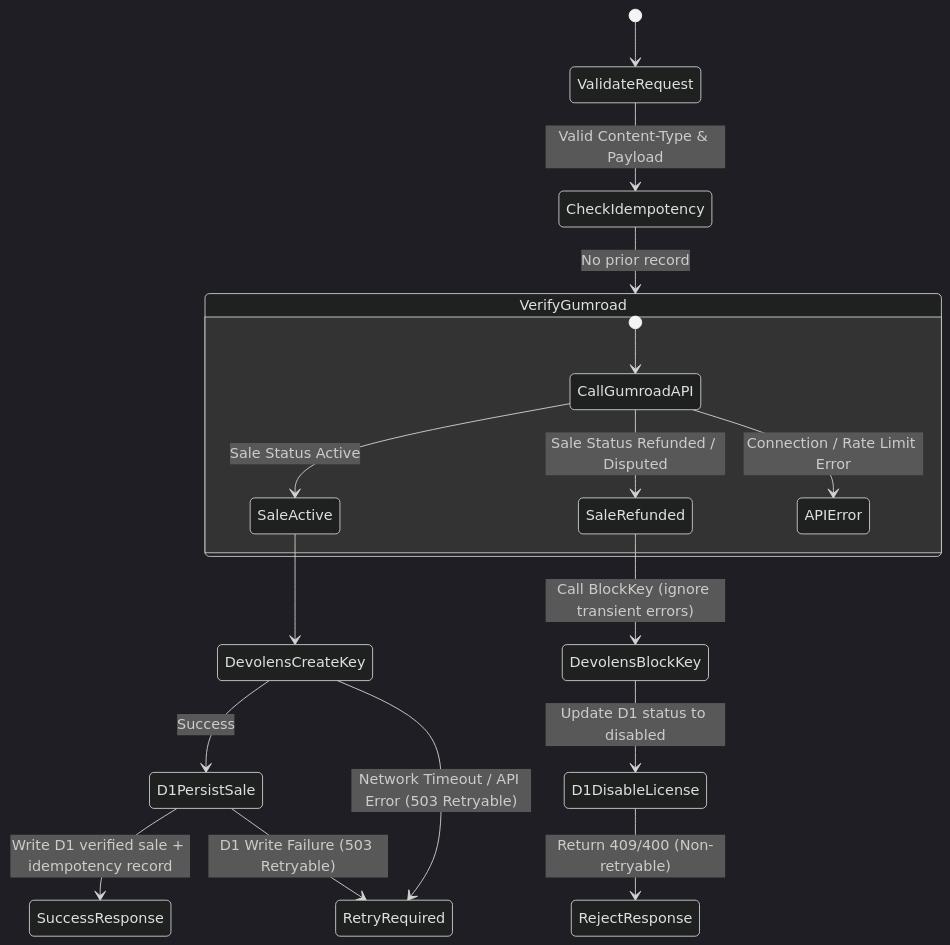
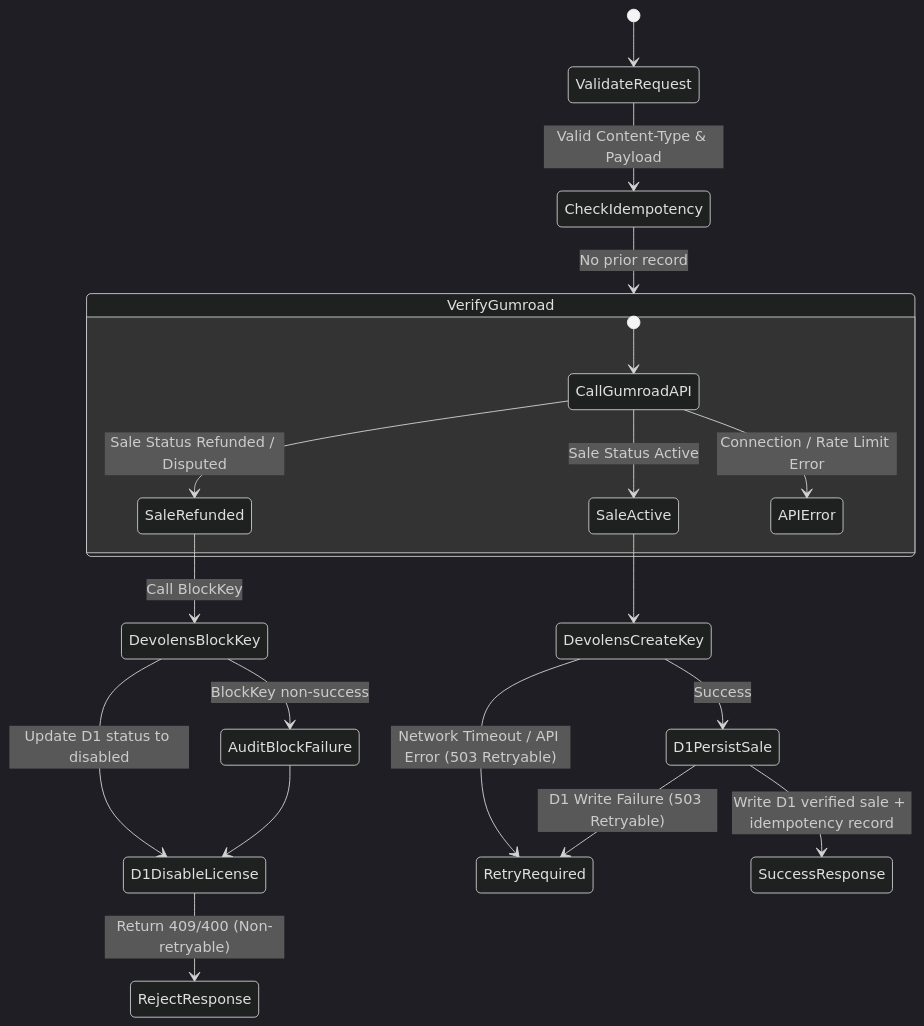
The second of 2 diagrams in docs/gumroad_webhook_state_policy.md (razauh/AI-Youtube-Shorts-Generator), drawn with Mermaid (dark theme) before and after one commit. The commit also changed other lines of this file and 3 other files, not shown here.

````diff
--- a/docs/gumroad_webhook_state_policy.md
+++ b/docs/gumroad_webhook_state_policy.md
@@ -33,24 +33,26 @@
 ```mermaid
 stateDiagram-v2
     [*] --> ValidateRequest
     ValidateRequest --> CheckIdempotency : Valid Content-Type & Payload
     CheckIdempotency --> VerifyGumroad : No prior record
     
     state VerifyGumroad {
         [*] --> CallGumroadAPI
         CallGumroadAPI --> SaleActive : Sale Status Active
         CallGumroadAPI --> SaleRefunded : Sale Status Refunded / Disputed
         CallGumroadAPI --> APIError : Connection / Rate Limit Error
     }
 
     SaleActive --> DevolensCreateKey
-    SaleRefunded --> DevolensBlockKey : Call BlockKey (ignore transient errors)
+    SaleRefunded --> DevolensBlockKey : Call BlockKey
     DevolensBlockKey --> D1DisableLicense : Update D1 status to disabled
+    DevolensBlockKey --> AuditBlockFailure : BlockKey non-success
+    AuditBlockFailure --> D1DisableLicense
     D1DisableLicense --> RejectResponse : Return 409/400 (Non-retryable)
 
     DevolensCreateKey --> D1PersistSale : Success
     DevolensCreateKey --> RetryRequired : Network Timeout / API Error (503 Retryable)
 
     D1PersistSale --> SuccessResponse : Write D1 verified sale + idempotency record
     D1PersistSale --> RetryRequired : D1 Write Failure (503 Retryable)
 ```
````
